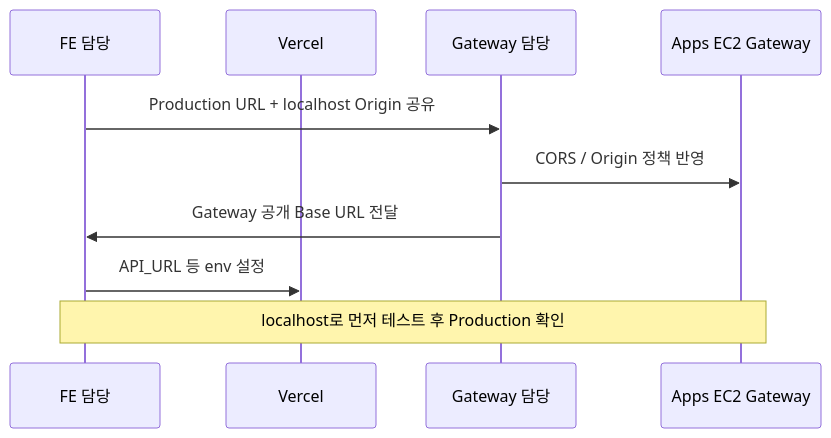
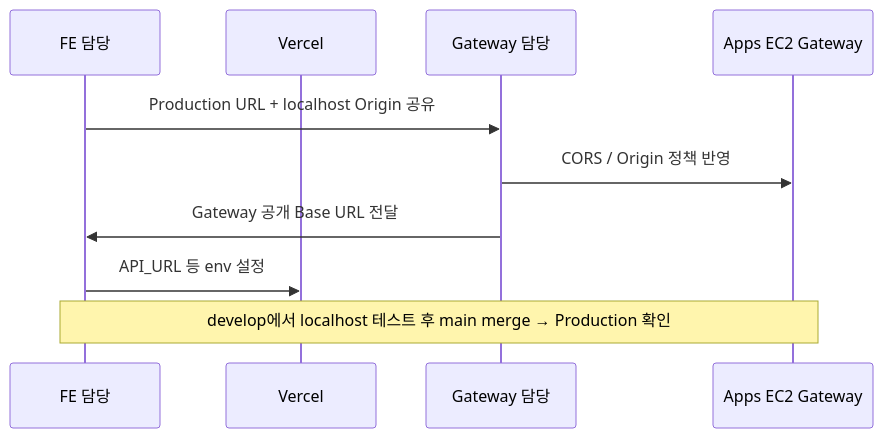
Before and after one commit to SpartaValueHub/ValueHub-FE: the fourth of 6 diagrams in docs/vercel-deploy-team-notice.md, drawn with Mermaid. The commit also changed other lines of this file, not shown here.

Commit message:
docs: org는 develop 작업·테스트, fork/Vercel은 main만 sync

````diff
--- a/docs/vercel-deploy-team-notice.md
+++ b/docs/vercel-deploy-team-notice.md
@@ -177,13 +185,13 @@
 ```mermaid
 sequenceDiagram
   participant FE as FE 담당
   participant V as Vercel
   participant GW as Gateway 담당
   participant EC2 as Apps EC2 Gateway
 
   FE->>GW: Production URL + localhost Origin 공유
   GW->>EC2: CORS / Origin 정책 반영
   GW->>FE: Gateway 공개 Base URL 전달
   FE->>V: API_URL 등 env 설정
-  Note over FE,EC2: localhost로 먼저 테스트 후 Production 확인
+  Note over FE,EC2: develop에서 localhost 테스트 후 main merge → Production 확인
 ```
````
